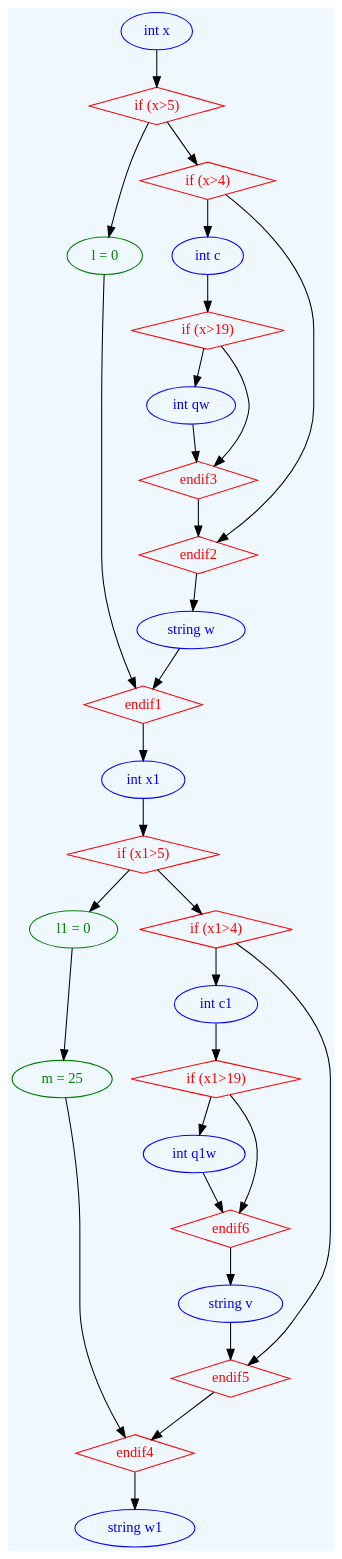
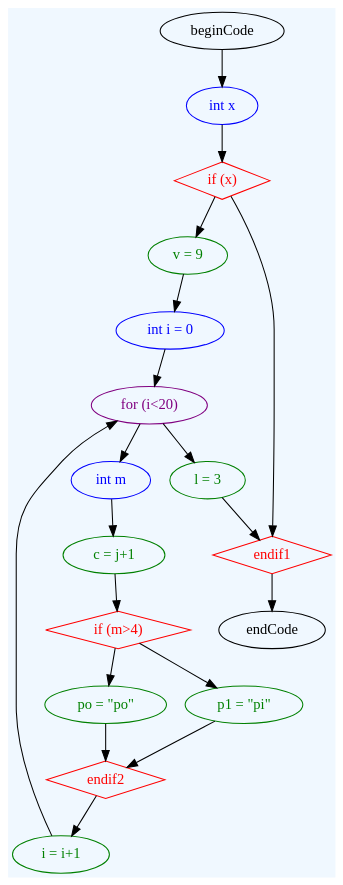
One commit to saracqueiros/EG22 changed the diagram in TP3/doctest-output/grammar.gv. Above: the diagram before and after it, drawn with Graphviz. The commit also changed 5 other files, not shown here.

```diff
--- a/TP3/doctest-output/grammar.gv
+++ b/TP3/doctest-output/grammar.gv
@@ -1,58 +1,36 @@
 digraph grammar {
 	graph [bgcolor=aliceblue rankdir=TB]
 	"int x " [color=blue fontcolor=blue]
-	"if (x>5)" [color=red fontcolor=red shape=diamond]
-	"int x " -> "if (x>5)"
-	" l = 0" [color=green fontcolor=green]
-	"if (x>5)" -> " l = 0"
+	beginCode -> "int x "
+	"if (x)" [color=red fontcolor=red shape=diamond]
+	"int x " -> "if (x)"
+	" v = 9" [color=green fontcolor=green]
+	"if (x)" -> " v = 9"
+	"int i = 0 " [color=blue fontcolor=blue]
+	" v = 9" -> "int i = 0 "
+	"for (i<20)" [color=purple fontcolor=purple]
+	"int i = 0 " -> "for (i<20)"
+	" i = i+1" [color=green fontcolor=green]
+	" i = i+1" -> "for (i<20)"
+	"int m " [color=blue fontcolor=blue]
+	"for (i<20)" -> "int m "
+	" c = j+1" [color=green fontcolor=green]
+	"int m " -> " c = j+1"
+	"if (m>4)" [color=red fontcolor=red shape=diamond]
+	" c = j+1" -> "if (m>4)"
+	" po = \"po\"" [color=green fontcolor=green]
+	"if (m>4)" -> " po = \"po\""
+	endif2 [color=red fontcolor=red shape=diamond]
+	" po = \"po\"" -> endif2
+	" p1 = \"pi\"" [color=green fontcolor=green]
+	"if (m>4)" -> " p1 = \"pi\""
+	endif2 [color=red fontcolor=red shape=diamond]
+	" p1 = \"pi\"" -> endif2
+	endif2 -> " i = i+1"
+	" l = 3" [color=green fontcolor=green]
+	"for (i<20)" -> " l = 3"
 	endif1 [color=red fontcolor=red shape=diamond]
-	" l = 0" -> endif1
-	"if (x>4)" [color=red fontcolor=red shape=diamond]
-	"if (x>5)" -> "if (x>4)"
-	"int c " [color=blue fontcolor=blue]
-	"if (x>4)" -> "int c "
-	"if (x>19)" [color=red fontcolor=red shape=diamond]
-	"int c " -> "if (x>19)"
-	"int qw " [color=blue fontcolor=blue]
-	"if (x>19)" -> "int qw "
-	endif3 [color=red fontcolor=red shape=diamond]
-	"int qw " -> endif3
-	"if (x>19)" -> endif3
-	endif2 [color=red fontcolor=red shape=diamond]
-	endif3 -> endif2
-	"if (x>4)" -> endif2
-	"string w " [color=blue fontcolor=blue]
-	endif2 -> "string w "
-	endif1 [color=red fontcolor=red shape=diamond]
-	"string w " -> endif1
-	"int x1 " [color=blue fontcolor=blue]
-	endif1 -> "int x1 "
-	"if (x1>5)" [color=red fontcolor=red shape=diamond]
-	"int x1 " -> "if (x1>5)"
-	" l1 = 0" [color=green fontcolor=green]
-	"if (x1>5)" -> " l1 = 0"
-	" m = 25" [color=green fontcolor=green]
-	" l1 = 0" -> " m = 25"
-	endif4 [color=red fontcolor=red shape=diamond]
-	" m = 25" -> endif4
-	"if (x1>4)" [color=red fontcolor=red shape=diamond]
-	"if (x1>5)" -> "if (x1>4)"
-	"int c1 " [color=blue fontcolor=blue]
-	"if (x1>4)" -> "int c1 "
-	"if (x1>19)" [color=red fontcolor=red shape=diamond]
-	"int c1 " -> "if (x1>19)"
-	"int q1w " [color=blue fontcolor=blue]
-	"if (x1>19)" -> "int q1w "
-	endif6 [color=red fontcolor=red shape=diamond]
-	"int q1w " -> endif6
-	"if (x1>19)" -> endif6
-	"string v " [color=blue fontcolor=blue]
-	endif6 -> "string v "
-	endif5 [color=red fontcolor=red shape=diamond]
-	"string v " -> endif5
-	"if (x1>4)" -> endif5
-	endif4 [color=red fontcolor=red shape=diamond]
-	endif5 -> endif4
-	"string w1 " [color=blue fontcolor=blue]
-	endif4 -> "string w1 "
+	" l = 3" -> endif1
+	"if (x)" -> endif1
+	endif1 -> endCode
 }
```
